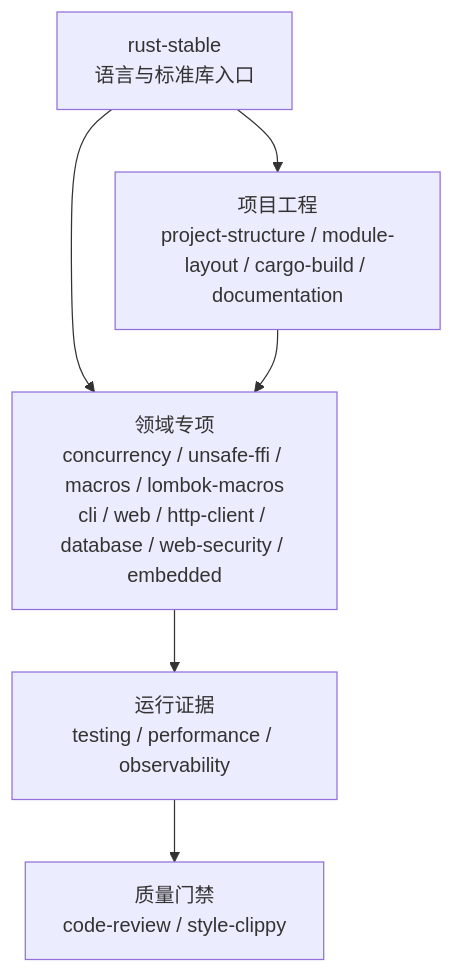
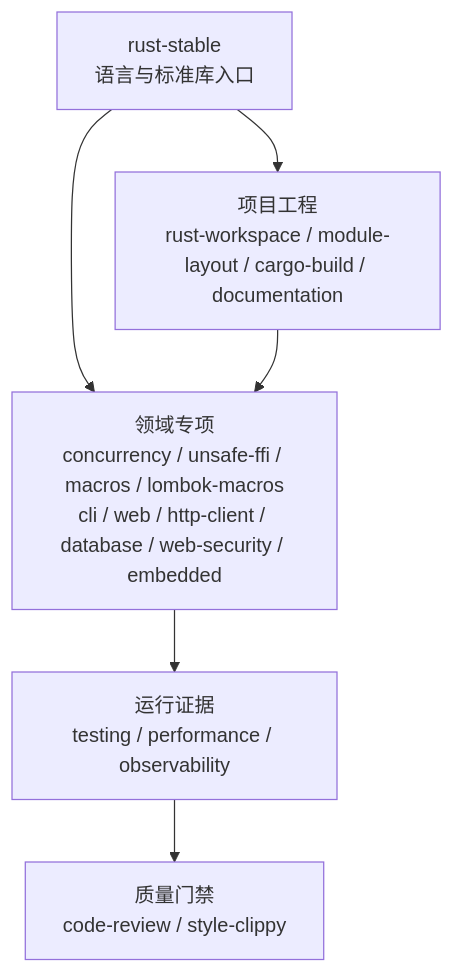
The diagram in README.zh-CN.md (full-stack-skills/rust-skills), drawn with Mermaid before and after one commit. The commit also changed other lines of this file and 33 other files, not shown here.

First line of the commit message:
refactor(rust): rust-project-structure 重命名为 rust-workspace

````diff
--- a/README.zh-CN.md
+++ b/README.zh-CN.md
@@ -55,14 +55,14 @@
 ```mermaid
 flowchart TB
     S["rust-stable<br/>语言与标准库入口"]
-    P["项目工程<br/>project-structure / module-layout / cargo-build / documentation"]
+    P["项目工程<br/>rust-workspace / module-layout / cargo-build / documentation"]
     D["领域专项<br/>concurrency / unsafe-ffi / macros / lombok-macros<br/>cli / web / http-client / database / web-security / embedded"]
     O["运行证据<br/>testing / performance / observability"]
     Q["质量门禁<br/>code-review / style-clippy"]
 
     S --> P
     S --> D
     P --> D
     D --> O
     O --> Q
 ```
````
